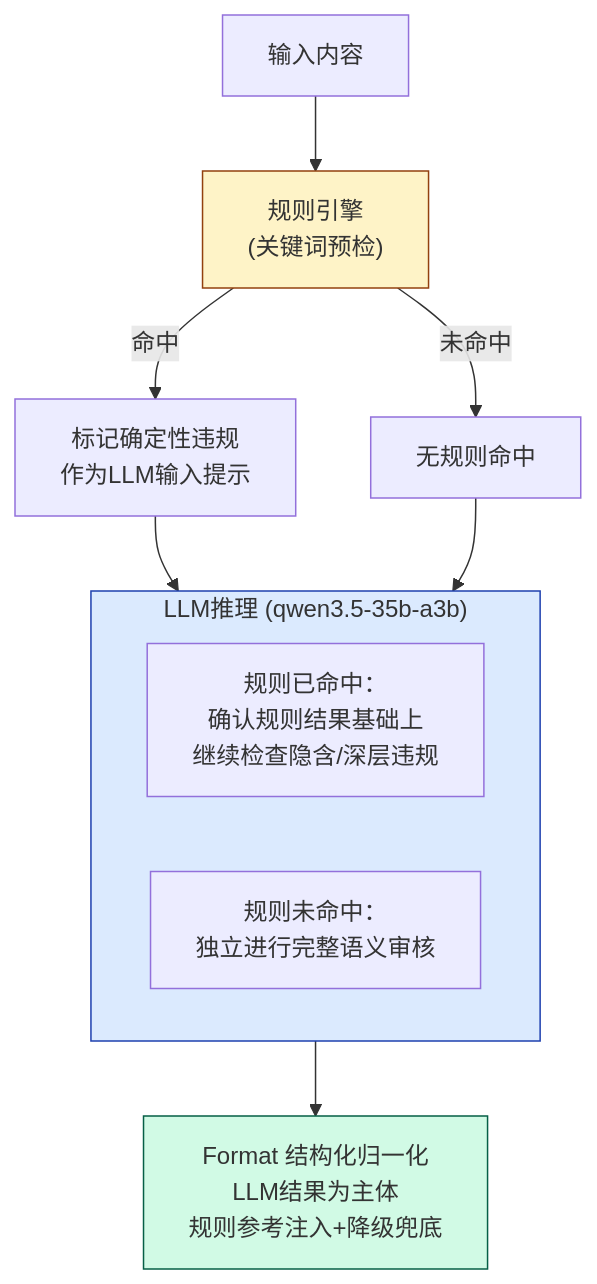
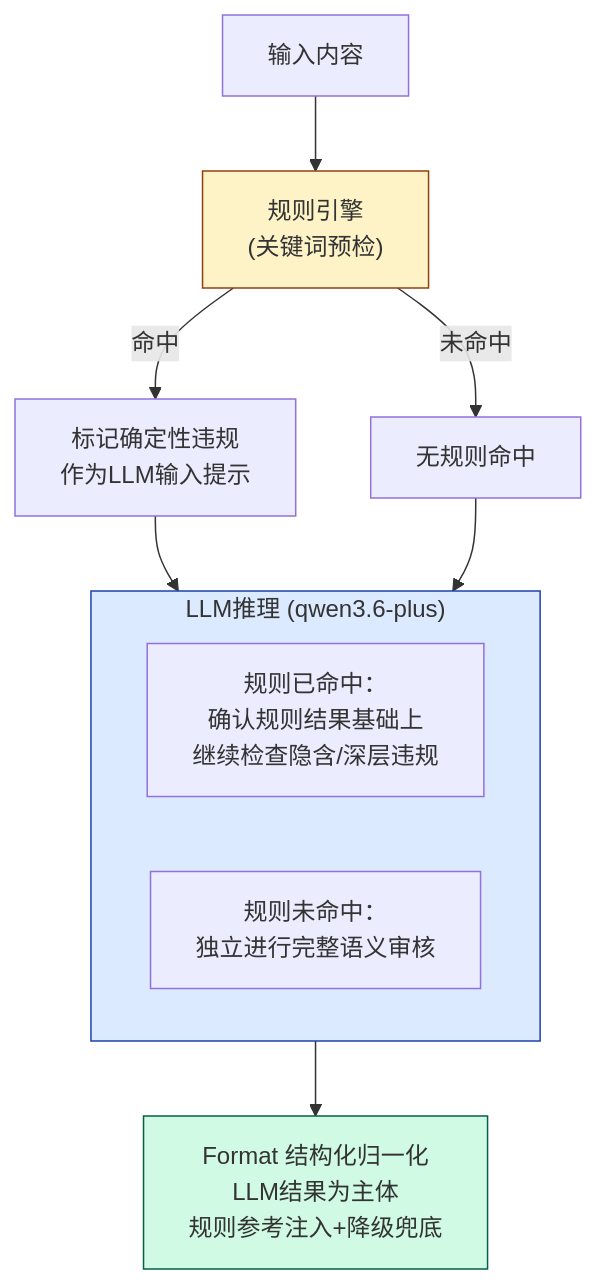
One commit to elaine2233/AI-Agent-RAG-for-complaince changed the sixth of 14 diagrams in docs/archive/architecture-overview.md. Above: the diagram before and after it, drawn with Mermaid. The commit also changed other lines of this file and 9 other files, not shown here.

````diff
--- a/docs/archive/architecture-overview.md
+++ b/docs/archive/architecture-overview.md
@@ -336,19 +336,19 @@
 ```mermaid
 flowchart TB
     INPUT["输入内容"] --> RULE["规则引擎<br/>(关键词预检)"]
     RULE -->|"命中"| RULE_HIT["标记确定性违规<br/>作为LLM输入提示"]
     RULE -->|"未命中"| RULE_MISS["无规则命中"]
     RULE_HIT --> LLM
     RULE_MISS --> LLM
 
-    subgraph LLM["LLM推理 (qwen3.5-35b-a3b)"]
+    subgraph LLM["LLM推理 (qwen3.6-plus)"]
         LLM_HIT["规则已命中：<br/>确认规则结果基础上<br/>继续检查隐含/深层违规"]
         LLM_MISS["规则未命中：<br/>独立进行完整语义审核"]
     end
 
     LLM --> FORMAT["Format 结构化归一化<br/>LLM结果为主体<br/>规则参考注入+降级兜底"]
 
     style RULE fill:#fef3c7,stroke:#92400e
     style LLM fill:#dbeafe,stroke:#1e40af
     style FORMAT fill:#d1fae5,stroke:#065f46
 ```
````
